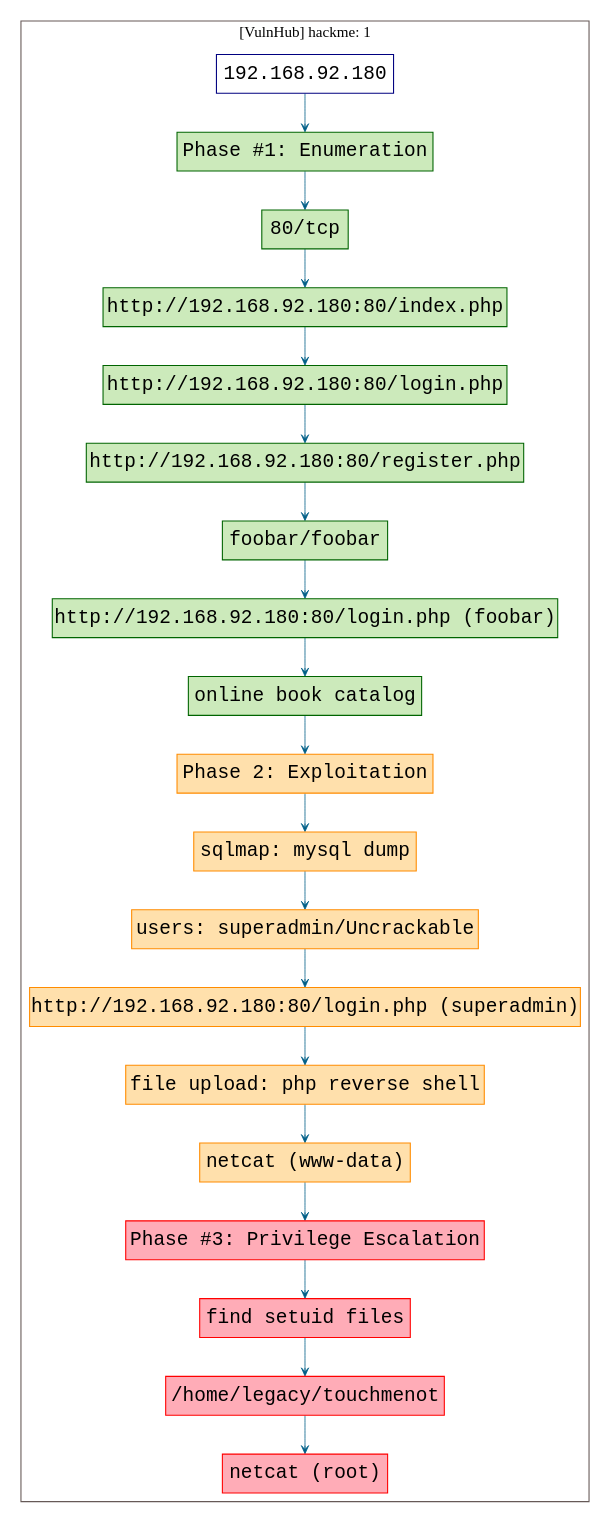
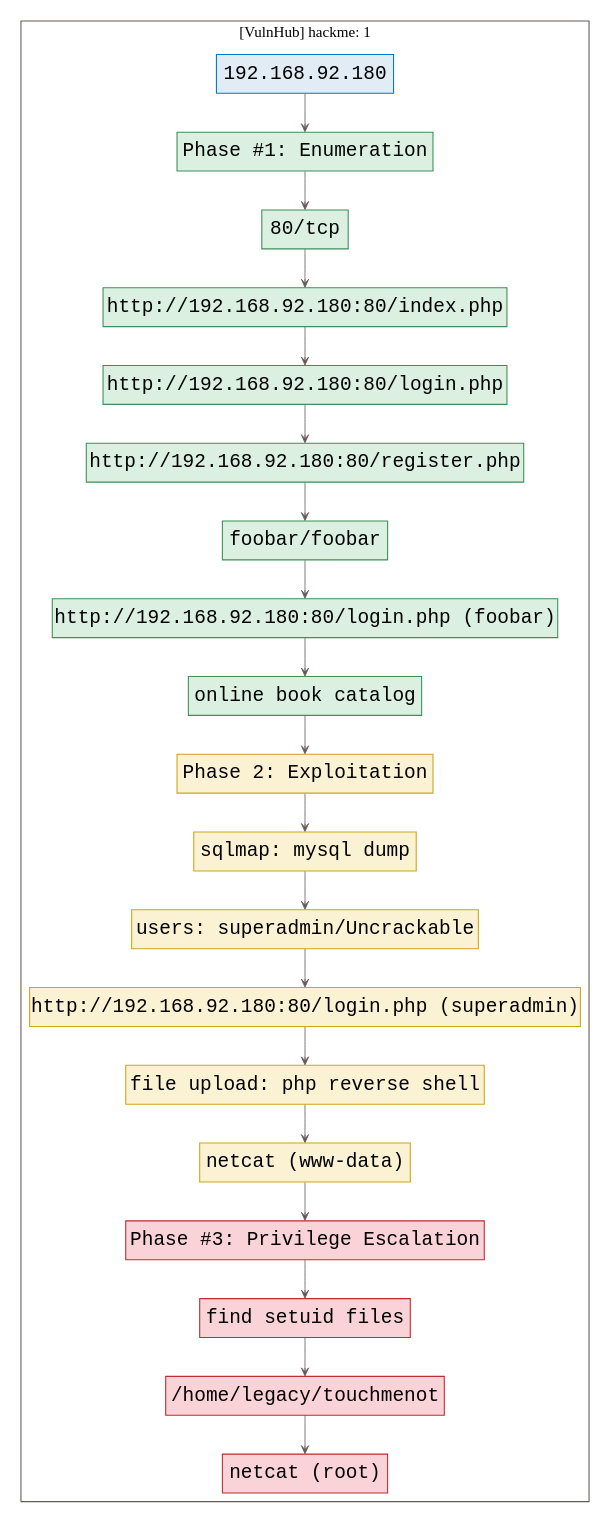
Before and after one commit to 7h3rAm/writeups: the diagram in vulnhub.hackme/killchain.dot, drawn with Graphviz. The commit also changed 110 other files, not shown here.

```diff
--- a/vulnhub.hackme/killchain.dot
+++ b/vulnhub.hackme/killchain.dot
@@ -1,50 +1,50 @@
 digraph G {
   #rankdir=LR;
   nodesdictep=1.0; splines="ortho"; K=0.6; overlap=scale; fixedsize=true; resolution=72; bgcolor="#ffffff"; outputorder="edgesfirst";
   node [fontname="courier" fontsize=18 shape=box width=0.25 fillcolor="white" style="filled,solid"];
-  edge [style=solid color="#005f87" penwidth=0.75 arrowhead=vee arrowsize=0.75 ];
+  edge [style=solid color="#665957" penwidth=0.75 arrowhead=vee arrowsize=0.75 ];
 
-  0[label="192.168.92.180" color="navyblue" fillcolor="#ffffff" tooltip="[VulnHub] hackme: 1"];
-  10[label="sqlmap: mysql dump" color="darkorange" fillcolor="#ffe0ac" tooltip="Phase #2:Exploitation"];
-  11[label="users: superadmin/Uncrackable" color="darkorange" fillcolor="#ffe0ac" tooltip="Phase #2:Exploitation"];
-  12[label="http://192.168.92.180:80/login.php (superadmin)" color="darkorange" fillcolor="#ffe0ac" tooltip="Phase #2:Exploitation"];
-  13[label="file upload: php reverse shell" color="darkorange" fillcolor="#ffe0ac" tooltip="Phase #2:Exploitation"];
-  14[label="netcat (www-data)" color="darkorange" fillcolor="#ffe0ac" tooltip="Phase #2:Exploitation"];
-  15[label="Phase #3: Privilege Escalation" color="red" fillcolor="#ffacb7" tooltip="Phase #3:Privilege Escalation"];
-  16[label="find setuid files" color="red" fillcolor="#ffacb7" tooltip="Phase #3:Privilege Escalation"];
-  17[label="/home/legacy/touchmenot" color="red" fillcolor="#ffacb7" tooltip="Phase #3:Privilege Escalation"];
-  18[label="netcat (root)" color="red" fillcolor="#ffacb7" tooltip="Phase #3:Privilege Escalation"];
-  1[label="Phase #1: Enumeration" color="darkgreen" fillcolor="#cceabb" tooltip="Phase #1:Enumeration"];
-  2[label="80/tcp" color="darkgreen" fillcolor="#cceabb" tooltip="Phase #1:Enumeration"];
-  3[label="http://192.168.92.180:80/index.php" color="darkgreen" fillcolor="#cceabb" tooltip="Phase #1:Enumeration"];
-  4[label="http://192.168.92.180:80/login.php" color="darkgreen" fillcolor="#cceabb" tooltip="Phase #1:Enumeration"];
-  5[label="http://192.168.92.180:80/register.php" color="darkgreen" fillcolor="#cceabb" tooltip="Phase #1:Enumeration"];
-  6[label="foobar/foobar" color="darkgreen" fillcolor="#cceabb" tooltip="Phase #1:Enumeration"];
-  7[label="http://192.168.92.180:80/login.php (foobar)" color="darkgreen" fillcolor="#cceabb" tooltip="Phase #1:Enumeration"];
-  8[label="online book catalog" color="darkgreen" fillcolor="#cceabb" tooltip="Phase #1:Enumeration"];
-  9[label="Phase 2: Exploitation" color="darkorange" fillcolor="#ffe0ac" tooltip="Phase #2:Exploitation"];
+  0[label="192.168.92.180" color="#0077cc" fillcolor="#e1ecf4" tooltip="[VulnHub] hackme: 1"];
+  10[label="sqlmap: mysql dump" color="#cea51b" fillcolor="#fbf2d4" tooltip="Phase #2:Exploitation"];
+  11[label="users: superadmin/Uncrackable" color="#cea51b" fillcolor="#fbf2d4" tooltip="Phase #2:Exploitation"];
+  12[label="http://192.168.92.180:80/login.php (superadmin)" color="#cea51b" fillcolor="#fbf2d4" tooltip="Phase #2:Exploitation"];
+  13[label="file upload: php reverse shell" color="#cea51b" fillcolor="#fbf2d4" tooltip="Phase #2:Exploitation"];
+  14[label="netcat (www-data)" color="#cea51b" fillcolor="#fbf2d4" tooltip="Phase #2:Exploitation"];
+  15[label="Phase #3: Privilege Escalation" color="#c02d2e" fillcolor="#f9d3d7" tooltip="Phase #3:Privilege Escalation"];
+  16[label="find setuid files" color="#c02d2e" fillcolor="#f9d3d7" tooltip="Phase #3:Privilege Escalation"];
+  17[label="/home/legacy/touchmenot" color="#c02d2e" fillcolor="#f9d3d7" tooltip="Phase #3:Privilege Escalation"];
+  18[label="netcat (root)" color="#c02d2e" fillcolor="#f9d3d7" tooltip="Phase #3:Privilege Escalation"];
+  1[label="Phase #1: Enumeration" color="#3d8f58" fillcolor="#dcf0e2" tooltip="Phase #1:Enumeration"];
+  2[label="80/tcp" color="#3d8f58" fillcolor="#dcf0e2" tooltip="Phase #1:Enumeration"];
+  3[label="http://192.168.92.180:80/index.php" color="#3d8f58" fillcolor="#dcf0e2" tooltip="Phase #1:Enumeration"];
+  4[label="http://192.168.92.180:80/login.php" color="#3d8f58" fillcolor="#dcf0e2" tooltip="Phase #1:Enumeration"];
+  5[label="http://192.168.92.180:80/register.php" color="#3d8f58" fillcolor="#dcf0e2" tooltip="Phase #1:Enumeration"];
+  6[label="foobar/foobar" color="#3d8f58" fillcolor="#dcf0e2" tooltip="Phase #1:Enumeration"];
+  7[label="http://192.168.92.180:80/login.php (foobar)" color="#3d8f58" fillcolor="#dcf0e2" tooltip="Phase #1:Enumeration"];
+  8[label="online book catalog" color="#3d8f58" fillcolor="#dcf0e2" tooltip="Phase #1:Enumeration"];
+  9[label="Phase 2: Exploitation" color="#cea51b" fillcolor="#fbf2d4" tooltip="Phase #2:Exploitation"];
 
   subgraph cluster_0 {
     node [style="filled,solid"];
     label = "[VulnHub] hackme: 1";
     color = "#665957";
-    0 -> 1 [color="#005f87"];
-    1 -> 2 [color="#005f87"];
-    10 -> 11 [color="#005f87"];
-    11 -> 12 [color="#005f87"];
-    12 -> 13 [color="#005f87"];
-    13 -> 14 [color="#005f87"];
-    14 -> 15 [color="#005f87"];
-    15 -> 16 [color="#005f87"];
-    16 -> 17 [color="#005f87"];
-    17 -> 18 [color="#005f87"];
-    2 -> 3 [color="#005f87"];
-    3 -> 4 [color="#005f87"];
-    4 -> 5 [color="#005f87"];
-    5 -> 6 [color="#005f87"];
-    6 -> 7 [color="#005f87"];
-    7 -> 8 [color="#005f87"];
-    8 -> 9 [color="#005f87"];
-    9 -> 10 [color="#005f87"];
+    0 -> 1 [color="#665957"];
+    1 -> 2 [color="#665957"];
+    10 -> 11 [color="#665957"];
+    11 -> 12 [color="#665957"];
+    12 -> 13 [color="#665957"];
+    13 -> 14 [color="#665957"];
+    14 -> 15 [color="#665957"];
+    15 -> 16 [color="#665957"];
+    16 -> 17 [color="#665957"];
+    17 -> 18 [color="#665957"];
+    2 -> 3 [color="#665957"];
+    3 -> 4 [color="#665957"];
+    4 -> 5 [color="#665957"];
+    5 -> 6 [color="#665957"];
+    6 -> 7 [color="#665957"];
+    7 -> 8 [color="#665957"];
+    8 -> 9 [color="#665957"];
+    9 -> 10 [color="#665957"];
   }
 }
```
